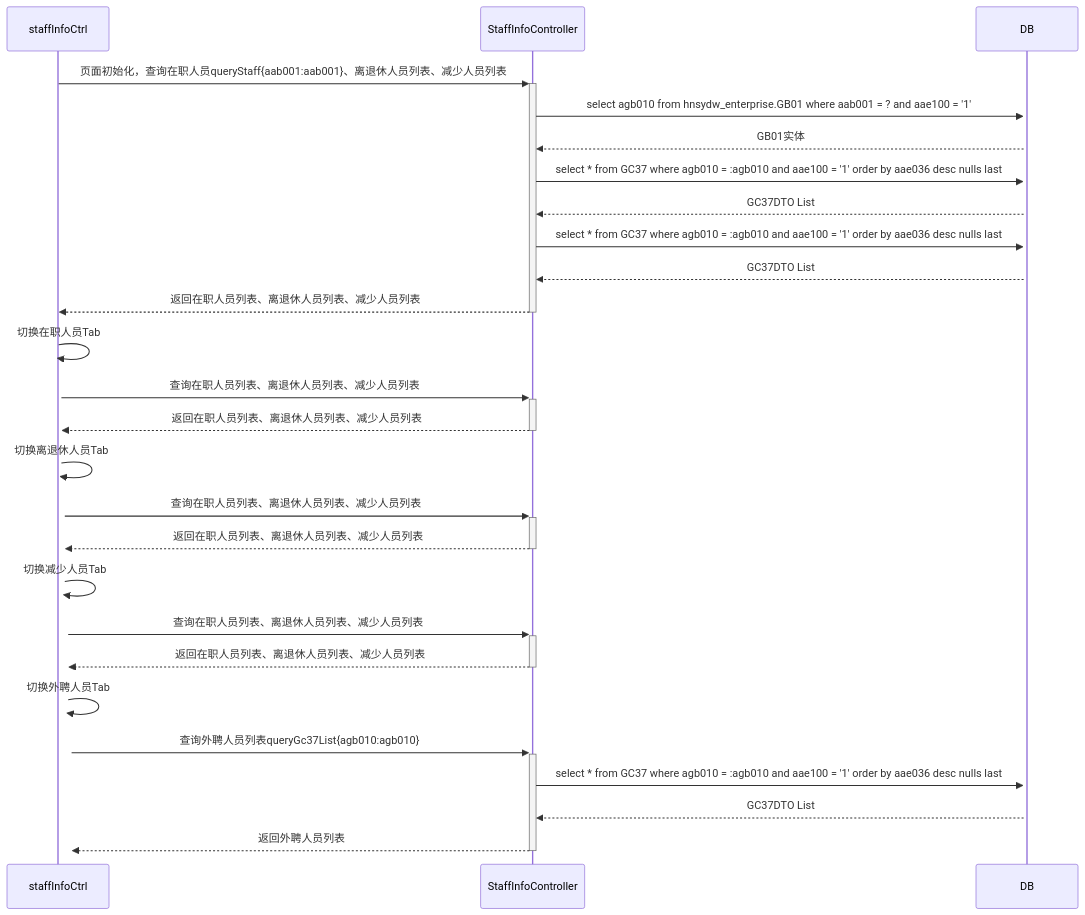
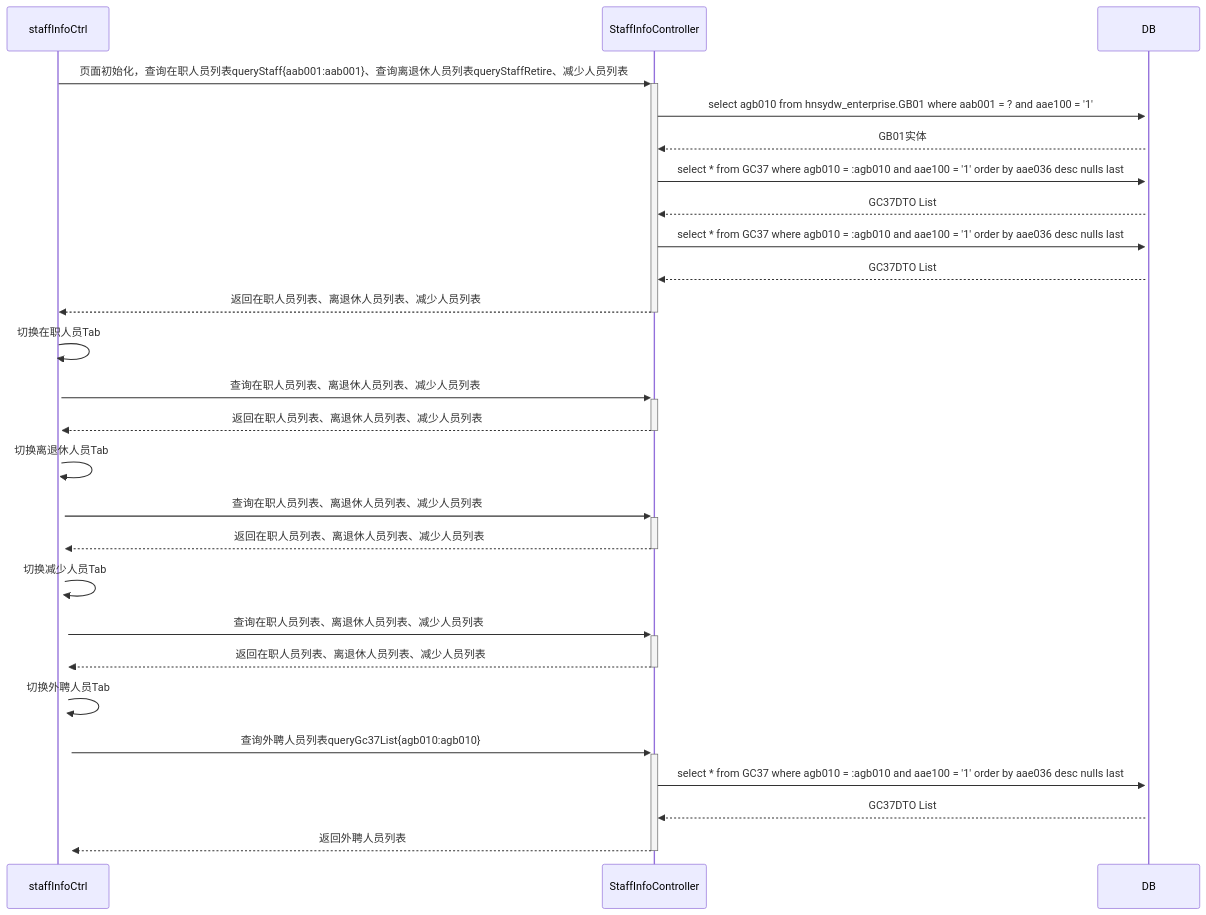
One commit to ZhangJianBeiJing/iodraw-files changed the diagram in all/人员基本信息初始化页面多Tab调用业务流程.md. Above: the diagram before and after it, drawn with Mermaid.

Commit message:
2025-03-25 10:40:32 update

````diff
--- a/all/人员基本信息初始化页面多Tab调用业务流程.md
+++ b/all/人员基本信息初始化页面多Tab调用业务流程.md
@@ -1,25 +1,25 @@
 ```mermaid
 sequenceDiagram
-    staffInfoCtrl->>+StaffInfoController: 页面初始化，查询在职人员queryStaff{aab001:aab001}、离退休人员列表、减少人员列表
+    staffInfoCtrl->>+StaffInfoController: 页面初始化，查询在职人员列表queryStaff{aab001:aab001}、查询离退休人员列表queryStaffRetire、减少人员列表
     StaffInfoController->>+DB:select agb010 from hnsydw_enterprise.GB01 where aab001 = ? and aae100 = '1'
     DB-->>StaffInfoController:GB01实体
     StaffInfoController->>+DB:select * from GC37 where agb010 = :agb010 and aae100 = '1' order by aae036 desc nulls last
     DB-->>StaffInfoController:GC37DTO List
     StaffInfoController->>+DB:select * from GC37 where agb010 = :agb010 and aae100 = '1' order by aae036 desc nulls last
     DB-->>StaffInfoController:GC37DTO List
     StaffInfoController-->>-staffInfoCtrl:返回在职人员列表、离退休人员列表、减少人员列表
     staffInfoCtrl->>+staffInfoCtrl:切换在职人员Tab
     staffInfoCtrl->>+StaffInfoController:查询在职人员列表、离退休人员列表、减少人员列表
     StaffInfoController-->>-staffInfoCtrl:返回在职人员列表、离退休人员列表、减少人员列表
     staffInfoCtrl->>+staffInfoCtrl:切换离退休人员Tab
     staffInfoCtrl->>+StaffInfoController:查询在职人员列表、离退休人员列表、减少人员列表
     StaffInfoController-->>-staffInfoCtrl:返回在职人员列表、离退休人员列表、减少人员列表
     staffInfoCtrl->>+staffInfoCtrl:切换减少人员Tab
     staffInfoCtrl->>+StaffInfoController:查询在职人员列表、离退休人员列表、减少人员列表
     StaffInfoController-->>-staffInfoCtrl:返回在职人员列表、离退休人员列表、减少人员列表
     staffInfoCtrl->>+staffInfoCtrl:切换外聘人员Tab
     staffInfoCtrl->>+StaffInfoController:查询外聘人员列表queryGc37List{agb010:agb010}
     StaffInfoController->>+DB:select * from GC37 where agb010 = :agb010 and aae100 = '1' order by aae036 desc nulls last
     DB-->>StaffInfoController:GC37DTO List 
     StaffInfoController-->>-staffInfoCtrl:返回外聘人员列表
 ```
````
